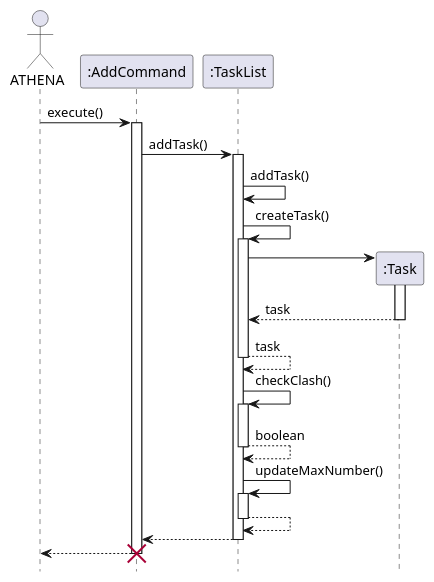
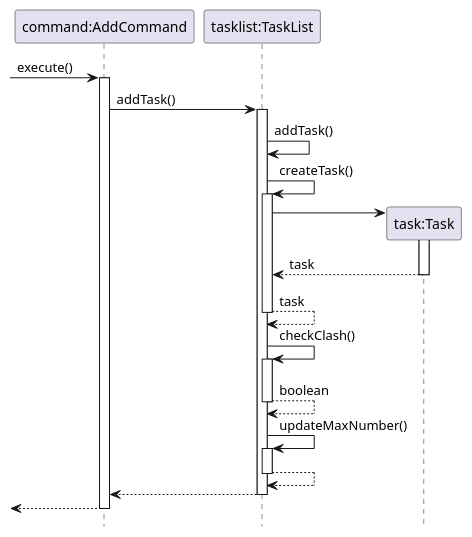
Before and after one commit to wish2023/tp: the diagram in docs/sequenceDiagrams/AddCommand.puml, drawn with PlantUML. The commit also changed 10 other files, not shown here.

Commit message:
Basic diagram commit add and delete

```diff
--- a/docs/sequenceDiagrams/AddCommand.puml
+++ b/docs/sequenceDiagrams/AddCommand.puml
@@ -1,38 +1,36 @@
 @startuml
 hide footbox
-
-actor "ATHENA" as Athena
-participant ":AddCommand" as AddCommand
-participant ":TaskList" as TaskList
-participant ":Task" as Task
+participant "command:AddCommand" as AddCommand
+participant "tasklist:TaskList" as TaskList
+participant "task:Task" as Task
 
 
-Athena->AddCommand: execute()
+->AddCommand: execute()
 activate AddCommand
 AddCommand->TaskList: addTask()
 activate TaskList
 
 TaskList->TaskList: addTask()
 
 TaskList->TaskList: createTask()
 activate TaskList
 create Task
 TaskList->Task:
 activate Task
 return task
 TaskList-->TaskList: task
 deactivate TaskList
 
 TaskList->TaskList: checkClash()
 activate TaskList
 return boolean
 TaskList->TaskList: updateMaxNumber()
 activate TaskList
 return
 TaskList-->AddCommand:
 deactivate TaskList
-AddCommand-->Athena
-deactivate
-destroy AddCommand
+<--AddCommand--
+
+
 
 @enduml
```
